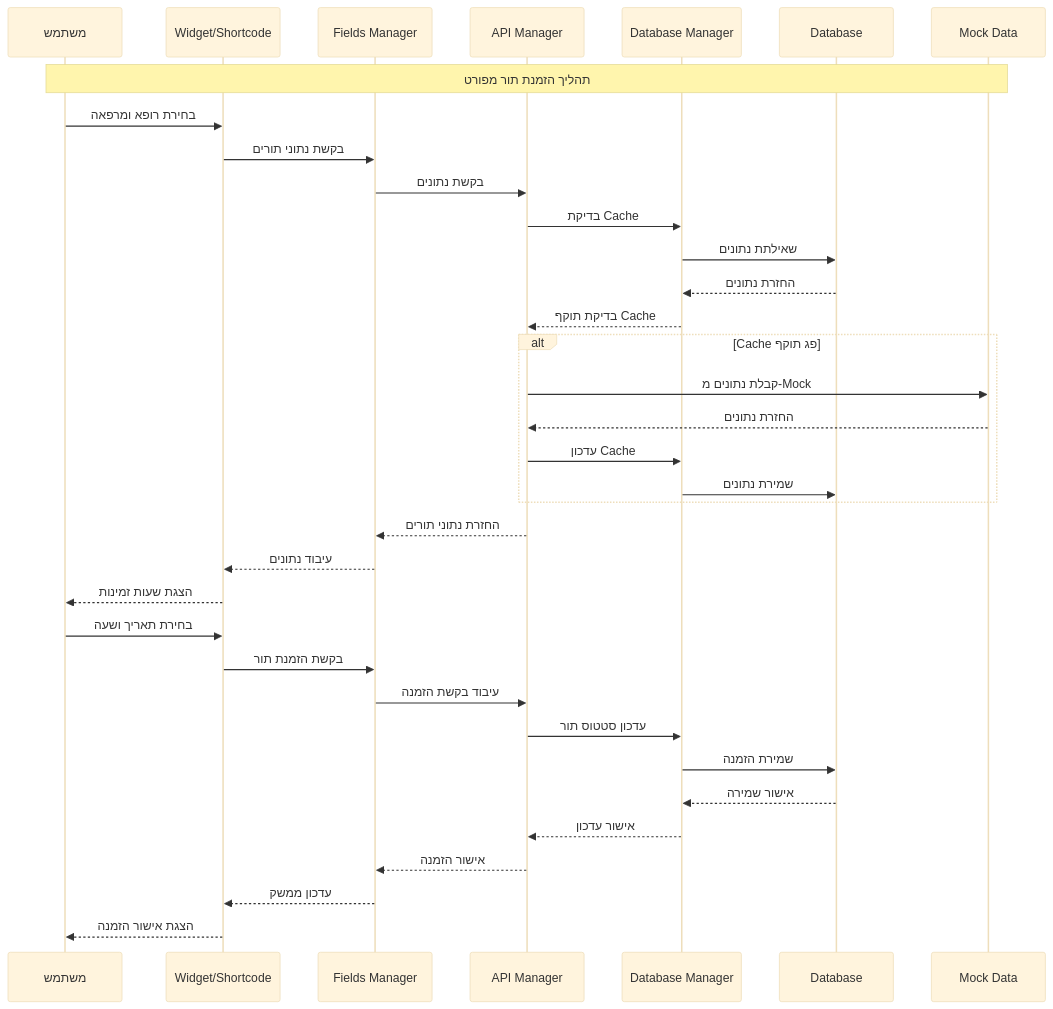
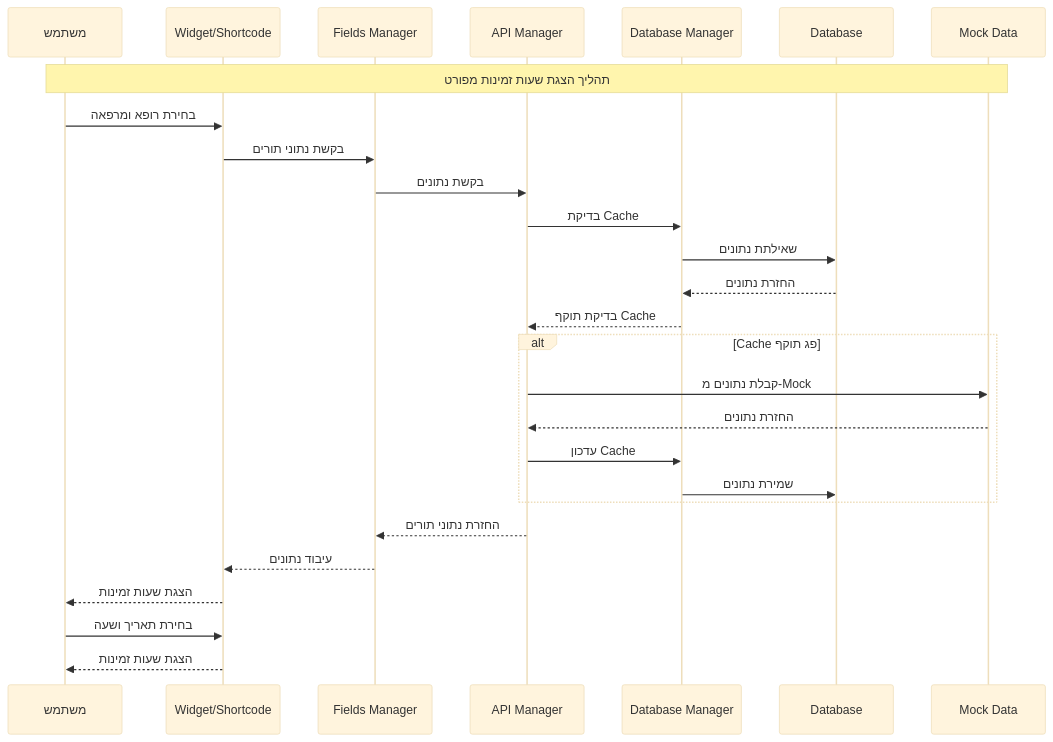
The second of 8 diagrams in docs/DETAILED_FLOW.md (OrielBenMoshe/clinic-queue-management), drawn with Mermaid (base theme) before and after one commit. The commit also changed other lines of this file and 42 other files, not shown here.

````diff
--- a/docs/DETAILED_FLOW.md
+++ b/docs/DETAILED_FLOW.md
@@ -96,42 +96,34 @@
 ```mermaid
 sequenceDiagram
     participant U as משתמש
     participant W as Widget/Shortcode
     participant F as Fields Manager
     participant A as API Manager
     participant D as Database Manager
     participant DB as Database
     participant M as Mock Data
     
-    Note over U,M: תהליך הזמנת תור מפורט
+    Note over U,M: תהליך הצגת שעות זמינות מפורט
     
     U->>W: בחירת רופא ומרפאה
     W->>F: בקשת נתוני תורים
     F->>A: בקשת נתונים
     A->>D: בדיקת Cache
     D->>DB: שאילתת נתונים
     DB-->>D: החזרת נתונים
     D-->>A: בדיקת תוקף Cache
     
     alt Cache פג תוקף
         A->>M: קבלת נתונים מ-Mock
         M-->>A: החזרת נתונים
         A->>D: עדכון Cache
         D->>DB: שמירת נתונים
     end
     
     A-->>F: החזרת נתוני תורים
     F-->>W: עיבוד נתונים
     W-->>U: הצגת שעות זמינות
     
     U->>W: בחירת תאריך ושעה
-    W->>F: בקשת הזמנת תור
-    F->>A: עיבוד בקשת הזמנה
-    A->>D: עדכון סטטוס תור
-    D->>DB: שמירת הזמנה
-    DB-->>D: אישור שמירה
-    D-->>A: אישור עדכון
-    A-->>F: אישור הזמנה
-    F-->>W: עדכון ממשק
-    W-->>U: הצגת אישור הזמנה
+    W-->>U: הצגת שעות זמינות
 ```
````
